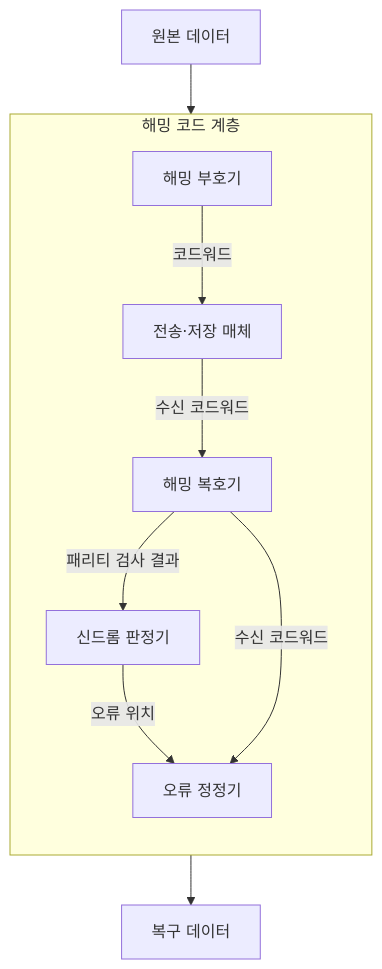
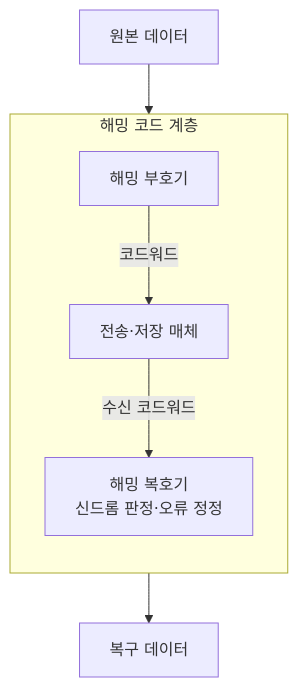
One commit to agnusdei1207/knowledge-base changed the second of 3 diagrams in src/content/docs/notes/01-basic-theory/028_hamming_code.md. Above: the diagram before and after it, drawn with Mermaid. The commit also changed other lines of this file and 20 other files, not shown here.

````diff
--- a/src/content/docs/notes/01-basic-theory/028_hamming_code.md
+++ b/src/content/docs/notes/01-basic-theory/028_hamming_code.md
@@ -80,13 +80,10 @@
 ```mermaid
 flowchart TB
     subgraph H["해밍 코드 계층"]
         direction TB
         E["해밍 부호기"] -->|코드워드| M["전송·저장 매체"]
-        M -->|수신 코드워드| DEC["해밍 복호기"]
-        DEC -->|패리티 검사 결과| S["신드롬 판정기"]
-        S -->|오류 위치| C["오류 정정기"]
-        DEC -->|수신 코드워드| C
+        M -->|수신 코드워드| DEC["해밍 복호기<br/>신드롬 판정·오류 정정"]
     end
     IN["원본 데이터"] --> E
-    C --> OUT["복구 데이터"]
+    DEC --> OUT["복구 데이터"]
 ```
````
